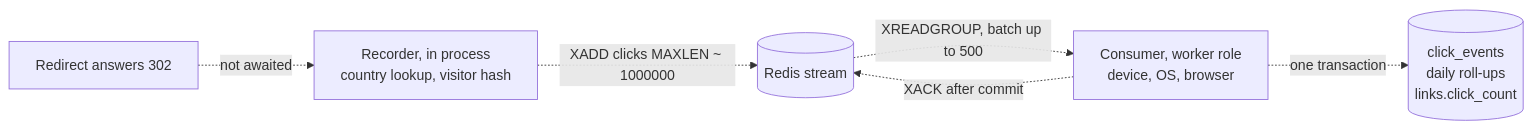
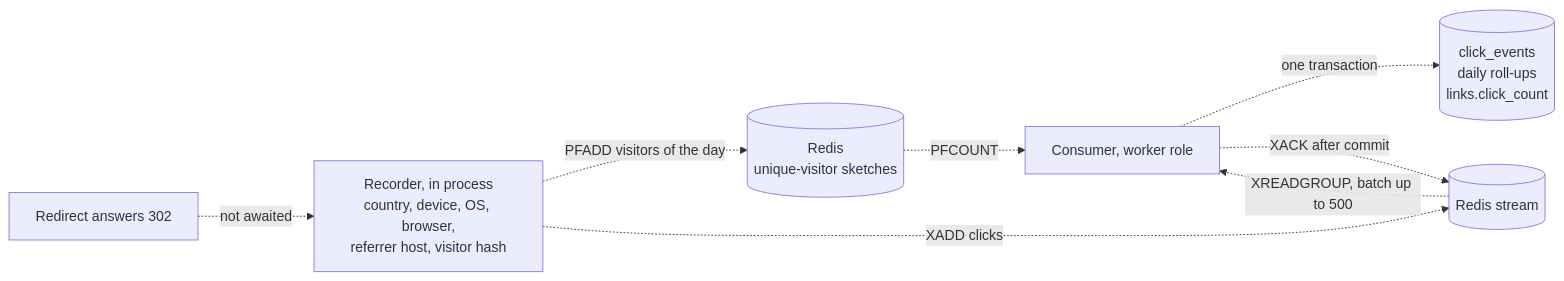
The third of 4 diagrams in docs/PRD.md (3376016376joshua-oss/url-shortener), drawn with Mermaid before and after one commit. The commit also changed other lines of this file and 25 other files, not shown here.

````diff
--- a/docs/PRD.md
+++ b/docs/PRD.md
@@ -383,8 +396,10 @@
 ```mermaid
 flowchart LR
-  r[Redirect answers 302] -.->|not awaited| p[Recorder, in process<br/>country lookup, visitor hash]
-  p -.->|XADD clicks MAXLEN ~ 1000000| s[(Redis stream)]
-  s -.->|XREADGROUP, batch up to 500| c[Consumer, worker role<br/>device, OS, browser]
+  r[Redirect answers 302] -.->|not awaited| p[Recorder, in process<br/>country, device, OS, browser,<br/>referrer host, visitor hash]
+  p -.->|PFADD visitors of the day| h[(Redis<br/>unique-visitor sketches)]
+  p -.->|XADD clicks| s[(Redis stream)]
+  s -.->|XREADGROUP, batch up to 500| c[Consumer, worker role]
+  h -.->|PFCOUNT| c
   c -.->|one transaction| db[(click_events<br/>daily roll-ups<br/>links.click_count)]
   c -.->|XACK after commit| s
 ```
````
